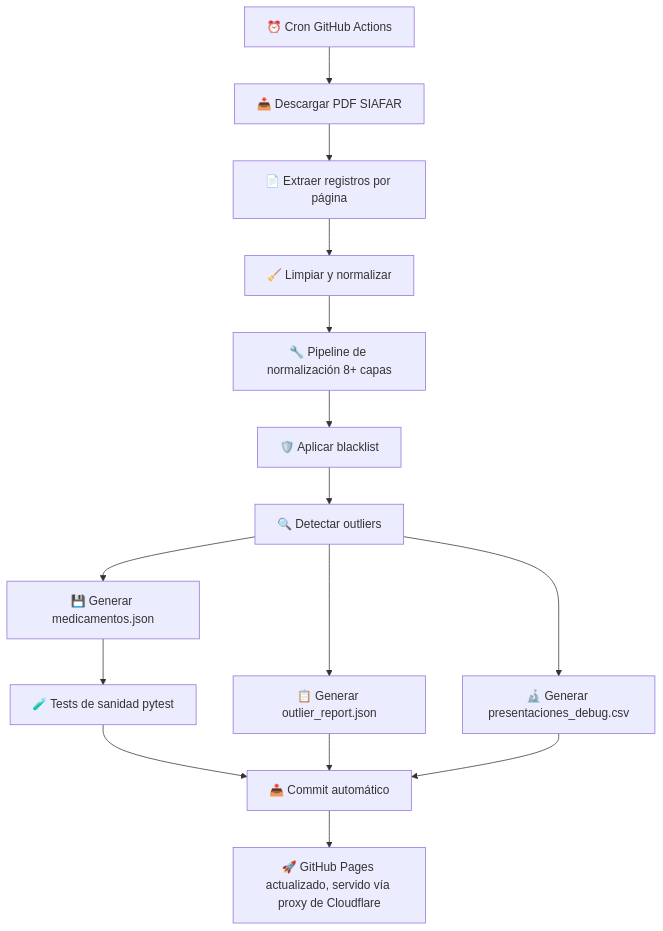
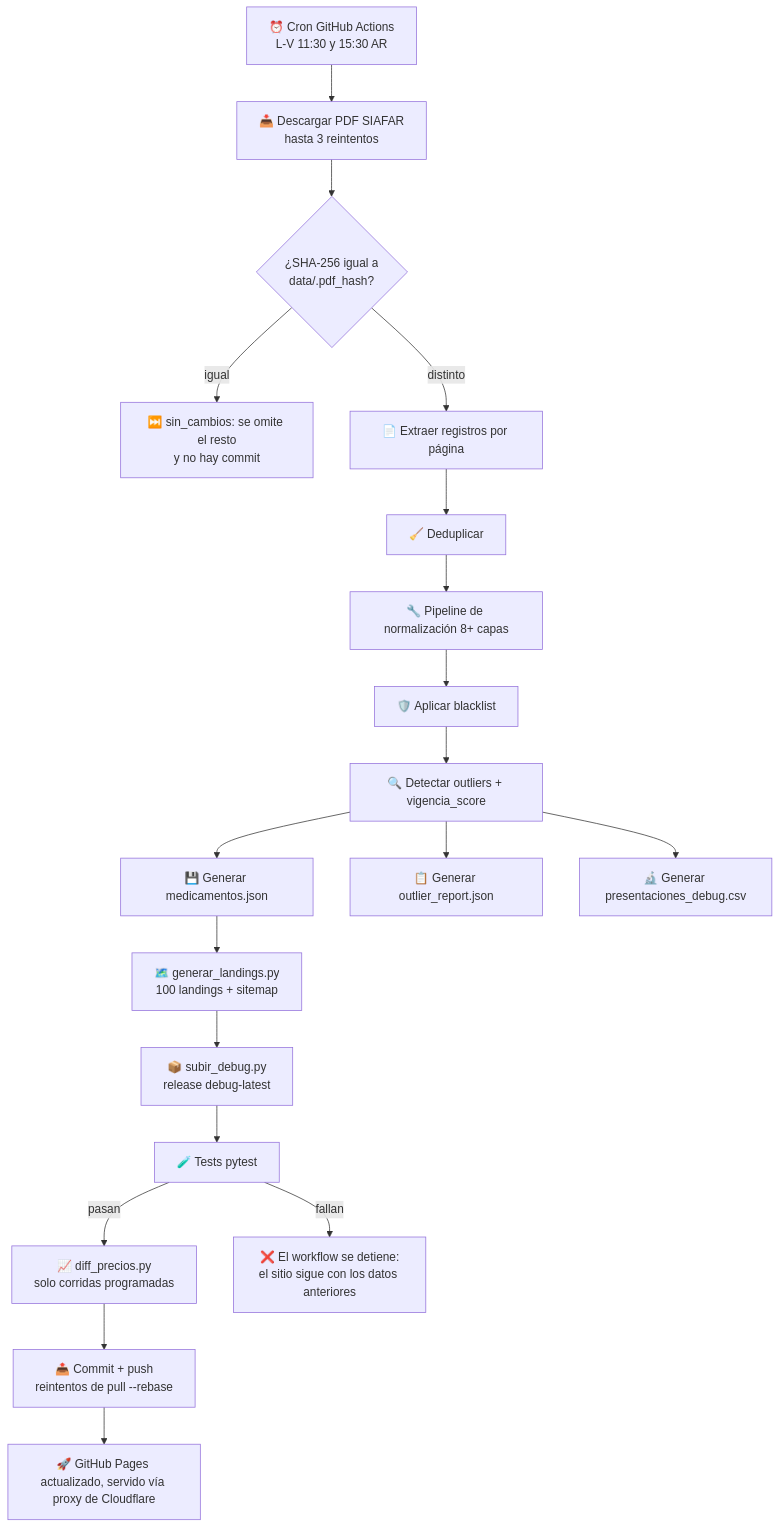
Before and after one commit to psbella/remediar: the second of 10 diagrams in README.md, drawn with Mermaid. The commit also changed other lines of this file and 1 other file, not shown here.

Commit message:
docs: actualizar README (es/en) al estado real de 2.5.3: cron, workflow, datos, PAMI manual, histórico incremental y privacidad

````diff
--- a/README.md
+++ b/README.md
@@ -291,32 +303,34 @@
 ```mermaid
 flowchart TD
 
-    A[⏰ Cron GitHub Actions]
-    B[📥 Descargar PDF SIAFAR]
+    A[⏰ Cron GitHub Actions<br/>L-V 11:30 y 15:30 AR]
+    B[📥 Descargar PDF SIAFAR<br/>hasta 3 reintentos]
+    HS{¿SHA-256 igual a<br/>data/.pdf_hash?}
+    SK[⏭️ sin_cambios: se omite el resto<br/>y no hay commit]
     C[📄 Extraer registros por página]
-    D[🧹 Limpiar y normalizar]
+    DD[🧹 Deduplicar]
     N1[🔧 Pipeline de normalización 8+ capas]
     BL[🛡️ Aplicar blacklist]
-    E[🔍 Detectar outliers]
+    E[🔍 Detectar outliers + vigencia_score]
     F[💾 Generar medicamentos.json]
     R[📋 Generar outlier_report.json]
     CSV[🔬 Generar presentaciones_debug.csv]
-    T[🧪 Tests de sanidad pytest]
-    H[📤 Commit automático]
+    L[🗺️ generar_landings.py<br/>100 landings + sitemap]
+    DBG[📦 subir_debug.py<br/>release debug-latest]
+    T[🧪 Tests pytest]
+    DF[📈 diff_precios.py<br/>solo corridas programadas]
+    H[📤 Commit + push<br/>reintentos de pull --rebase]
     I[🚀 GitHub Pages actualizado, servido vía proxy de Cloudflare]
 
-    A --> B
-    B --> C
-    C --> D
-    D --> N1
-    N1 --> BL
-    BL --> E
+    A --> B --> HS
+    HS -- igual --> SK
+    HS -- distinto --> C
+    C --> DD --> N1 --> BL --> E
     E --> F
     E --> R
     E --> CSV
-    F --> T
-    T --> H
-    R --> H
-    CSV --> H
+    F --> L --> DBG --> T
+    T -- fallan --> X[❌ El workflow se detiene:<br/>el sitio sigue con los datos anteriores]
+    T -- pasan --> DF --> H
     H --> I
 ```
````
